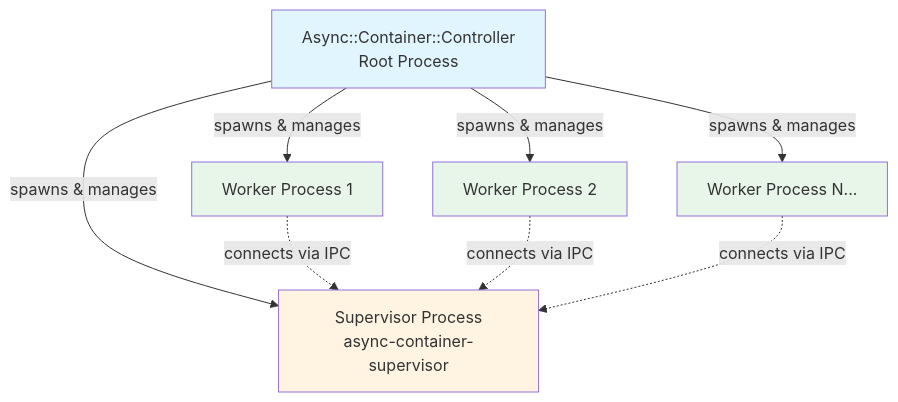
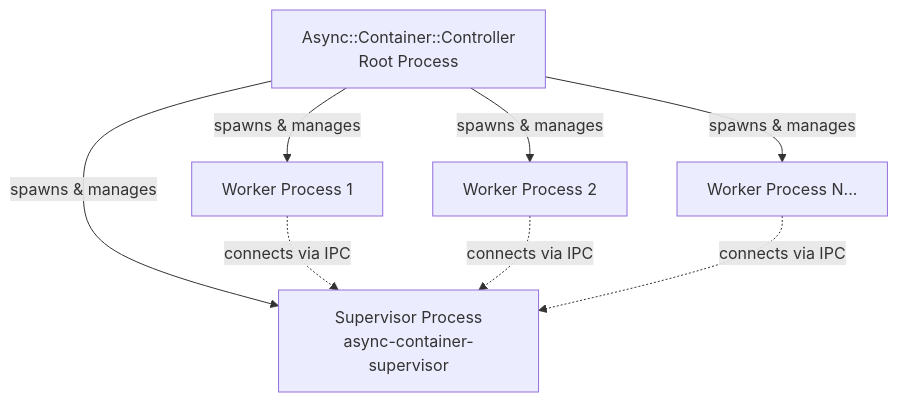
The diagram in guides/getting-started/readme.md (socketry/async-container-supervisor), drawn with Mermaid before and after one commit. The commit also changed 1 other file, not shown here.

Commit message:
Remove style from diagram.

````diff
--- a/guides/getting-started/readme.md
+++ b/guides/getting-started/readme.md
@@ -26,19 +26,13 @@
 ```mermaid
 graph TD
     Controller[Async::Container::Controller<br/>Root Process]
     
     Controller -->|spawns & manages| Supervisor[Supervisor Process<br/>async-container-supervisor]
     Controller -->|spawns & manages| Worker1[Worker Process 1]
     Controller -->|spawns & manages| Worker2[Worker Process 2]
     Controller -->|spawns & manages| WorkerN[Worker Process N...]
     
     Worker1 -.->|connects via IPC| Supervisor
     Worker2 -.->|connects via IPC| Supervisor
     WorkerN -.->|connects via IPC| Supervisor
-    
-    style Controller fill:#e1f5ff
-    style Supervisor fill:#fff4e1
-    style Worker1 fill:#e8f5e9
-    style Worker2 fill:#e8f5e9
-    style WorkerN fill:#e8f5e9
 ```
````
